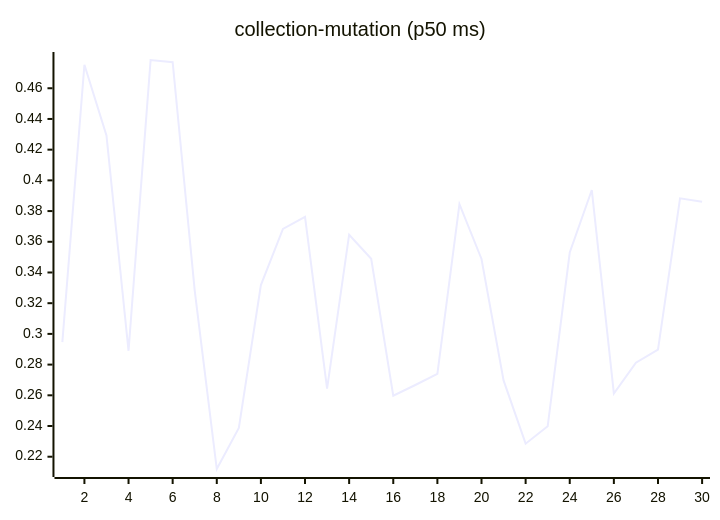
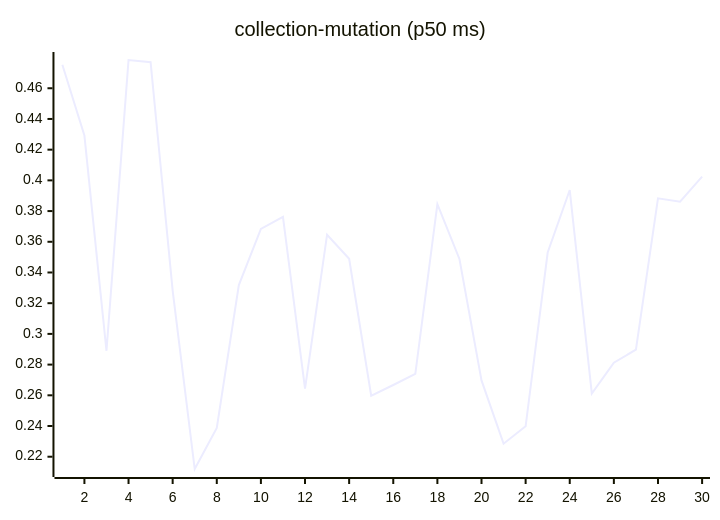
The sixth of 27 diagrams in README.md (josha/Facet), drawn with Mermaid before and after one commit. The commit also changed other lines of this file and 2 other files, not shown here.

````diff
--- a/README.md
+++ b/README.md
@@ -98,6 +98,6 @@
 ```mermaid
 xychart-beta
     title "collection-mutation (p50 ms)"
     x-axis 1 --> 30
-    line [0.2946, 0.4753, 0.4292, 0.2890, 0.4784, 0.4770, 0.3282, 0.2120, 0.2388, 0.3318, 0.3684, 0.3763, 0.2643, 0.3646, 0.3489, 0.2597, 0.2667, 0.2740, 0.3845, 0.3488, 0.2697, 0.2285, 0.2398, 0.3530, 0.3937, 0.2612, 0.2812, 0.2898, 0.3883, 0.3861]
+    line [0.4753, 0.4292, 0.2890, 0.4784, 0.4770, 0.3282, 0.2120, 0.2388, 0.3318, 0.3684, 0.3763, 0.2643, 0.3646, 0.3489, 0.2597, 0.2667, 0.2740, 0.3845, 0.3488, 0.2697, 0.2285, 0.2398, 0.3530, 0.3937, 0.2612, 0.2812, 0.2898, 0.3883, 0.3861, 0.4024]
 ```
````
